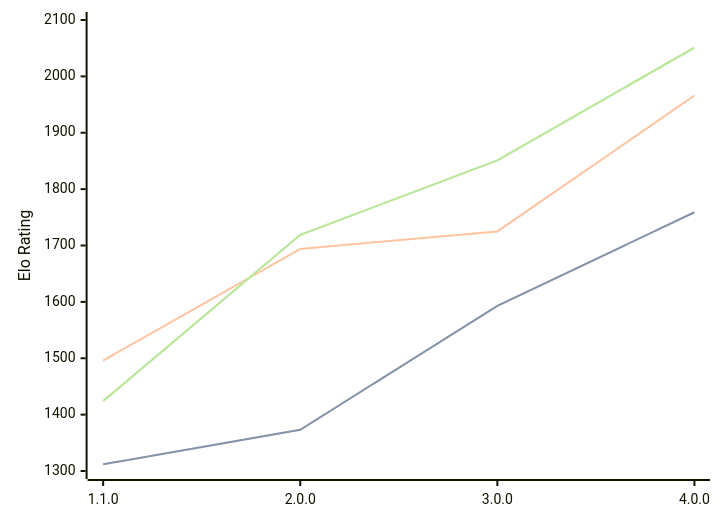
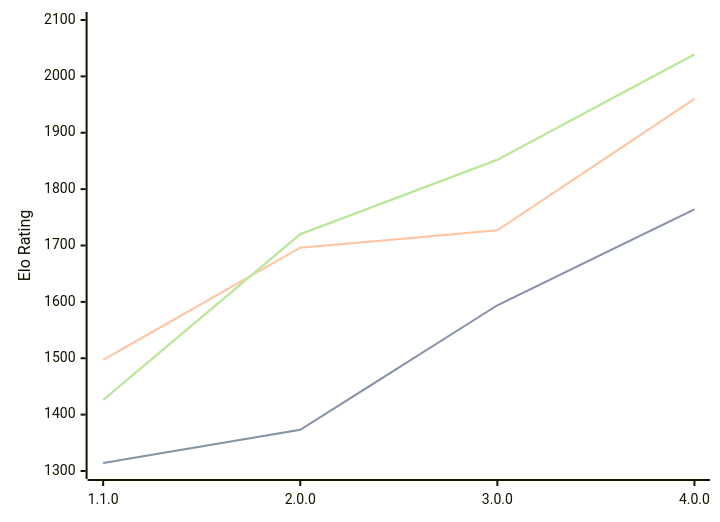
One commit to computer-chess-index/cci changed the diagram in engines/Laura.md. Above: the diagram before and after it, drawn with Mermaid. The commit also changed other lines of this file, not shown here.

Commit message:
Update CCI Ratings (ELO VLTC) - 2026-05-17

````diff
--- a/engines/Laura.md
+++ b/engines/Laura.md
@@ -35,11 +35,11 @@
 ```mermaid
 %%{init: {"theme":"base","themeVariables":{"seriesColors:['#a3a3a3','#222221','#faa371']}}}%%
 xychart-beta
   x-axis ["1.1.0", "2.0.0", "3.0.0", "4.0.0"]
   y-axis "Elo Rating" 1300 --> 2100
-  line "STC (8.0+0.08s)" [1312, 1373, 1593, 1759]
-  line "STC (8.0+0.08s)" [1312, 1373, 1593, 1759]
-  line "LTC (60.0+0.60s)" [1496, 1694, 1725, 1966]
-  line "VLTC (2m24s+1.12s)" [1424, 1719, 1851, 2051]
-  line "VLTC (2m24s+1.12s)" [1424, 1719, 1851, 2051]
+  line "STC (8.0+0.08s)" [1314, 1373, 1594, 1764]
+  line "STC (8.0+0.08s)" [1314, 1373, 1594, 1764]
+  line "LTC (60.0+0.60s)" [1497, 1696, 1727, 1960]
+  line "VLTC (2m24s+1.12s)" [1426, 1720, 1852, 2039]
+  line "VLTC (2m24s+1.12s)" [1426, 1720, 1852, 2039]
 ```
````
